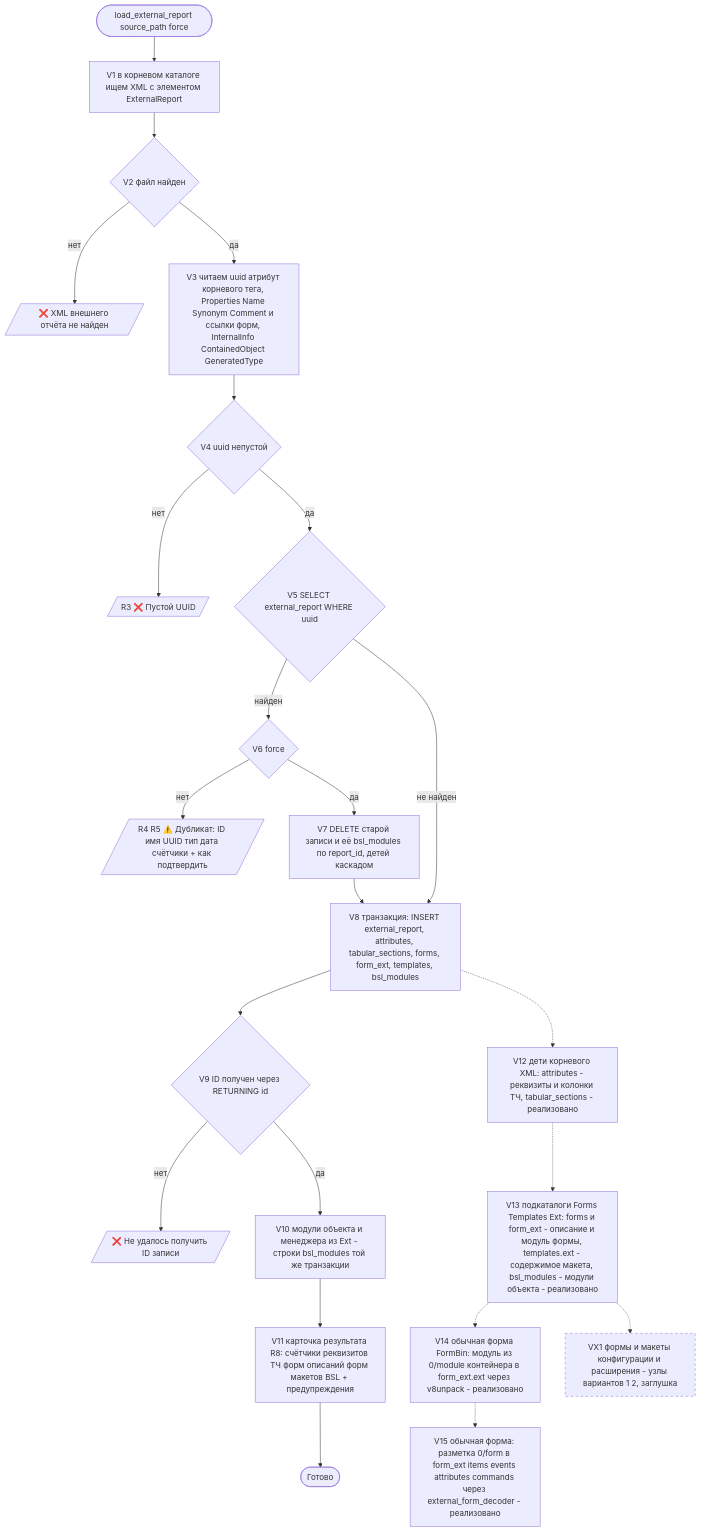
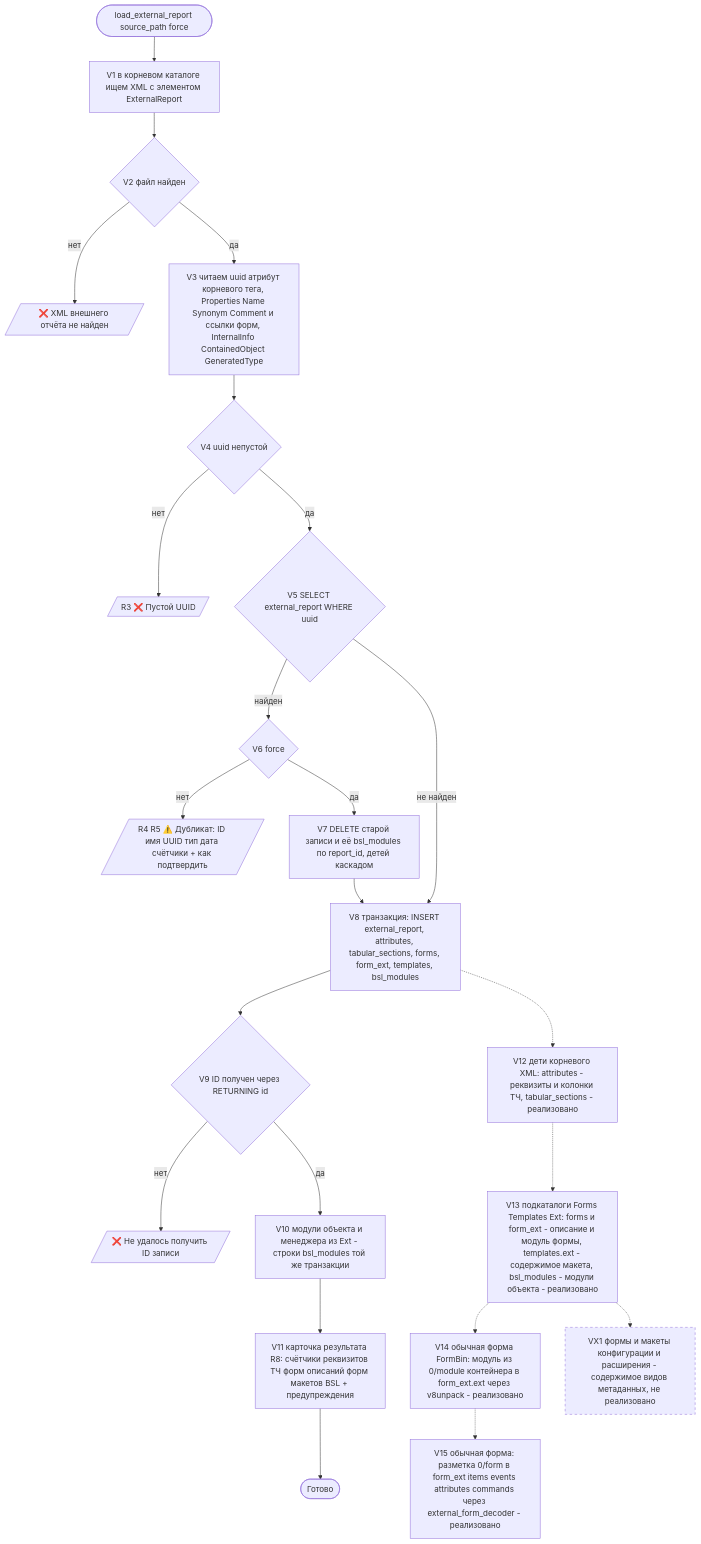
The third of 3 diagrams in docs/config-scenarios/FLOWCHART_1c-configurations-core.md (XXIVek/ckb), drawn with Mermaid before and after one commit. The commit also changed other lines of this file and 14 other files, not shown here.

````diff
--- a/docs/config-scenarios/FLOWCHART_1c-configurations-core.md
+++ b/docs/config-scenarios/FLOWCHART_1c-configurations-core.md
@@ -127,32 +129,32 @@
 ```mermaid
 flowchart TD
     S([load_external_report source_path force]) --> V1[V1 в корневом каталоге ищем XML с элементом ExternalReport]
     V1 --> V2{V2 файл найден}
     V2 -- нет --> Y1[/❌ XML внешнего отчёта не найден/]
     V2 -- да --> V3[V3 читаем uuid атрибут корневого тега, Properties Name Synonym Comment и ссылки форм, InternalInfo ContainedObject GeneratedType]
     V3 --> V4{V4 uuid непустой}
     V4 -- нет --> Y2[/R3 ❌ Пустой UUID/]
     V4 -- да --> V5{V5 SELECT external_report WHERE uuid}
     V5 -- найден --> V6{V6 force}
     V6 -- нет --> Y3[/R4 R5 ⚠️ Дубликат: ID имя UUID тип дата счётчики + как подтвердить/]
     V6 -- да --> V7[V7 DELETE старой записи и её bsl_modules по report_id, детей каскадом]
     V5 -- не найден --> V8[V8 транзакция: INSERT external_report, attributes, tabular_sections, forms, form_ext, templates, bsl_modules]
     V7 --> V8
     V8 --> V9{V9 ID получен через RETURNING id}
     V9 -- нет --> Y4[/❌ Не удалось получить ID записи/]
     V9 -- да --> V10[V10 модули объекта и менеджера из Ext - строки bsl_modules той же транзакции]
     V10 --> V11[V11 карточка результата R8: счётчики реквизитов ТЧ форм описаний форм макетов BSL + предупреждения]
     V11 --> E([Готово])
     V12[V12 дети корневого XML: attributes - реквизиты и колонки ТЧ, tabular_sections - реализовано]
     V8 -.-> V12
     V13[V13 подкаталоги Forms Templates Ext: forms и form_ext - описание и модуль формы, templates.ext - содержимое макета, bsl_modules - модули объекта - реализовано]
     V12 -.-> V13
     V14[V14 обычная форма FormBin: модуль из 0/module контейнера в form_ext.ext через v8unpack - реализовано]
     V13 -.-> V14
     V15[V15 обычная форма: разметка 0/form в form_ext items events attributes commands через external_form_decoder - реализовано]
     V14 -.-> V15
-    VX1[VX1 формы и макеты конфигурации и расширения - узлы вариантов 1 2, заглушка]
+    VX1[VX1 формы и макеты конфигурации и расширения - содержимое видов метаданных, не реализовано]
     V13 -.-> VX1
     classDef deferred stroke-dasharray: 5 5;
     class VX1 deferred;
 ```
````
